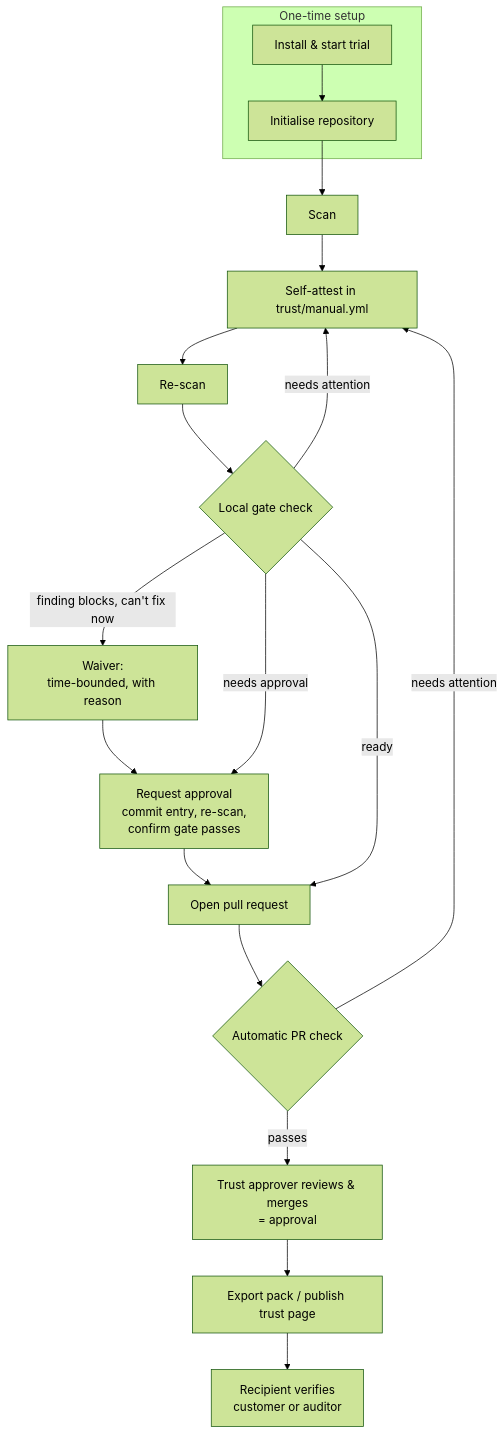
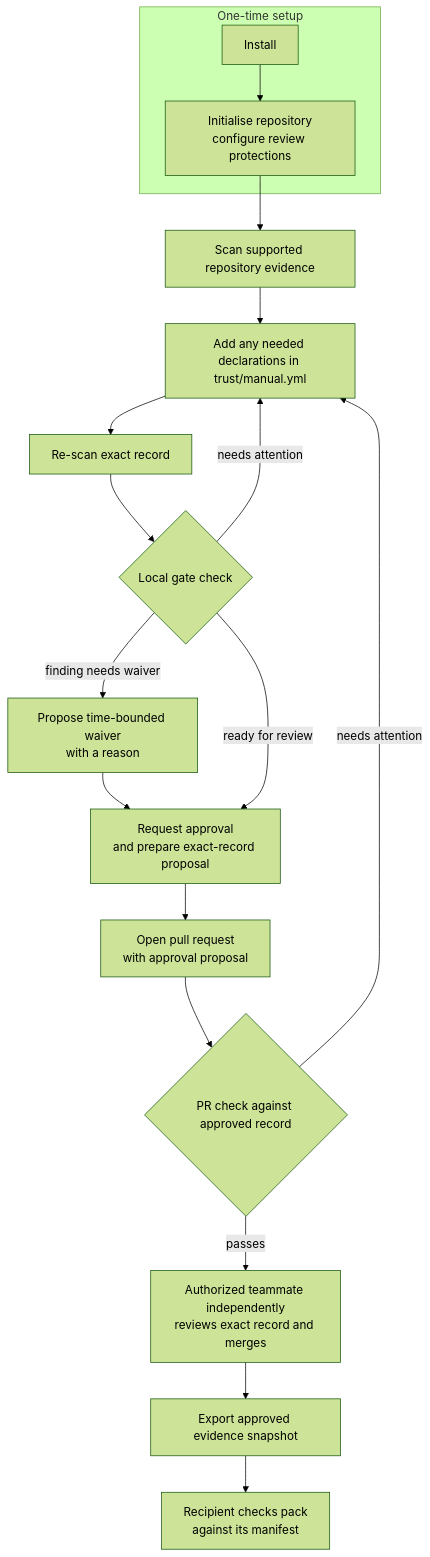
One commit to resolveinterim/aitrustbom-releases changed the diagram in docs/workflow.md. Above: the diagram before and after it, drawn with Mermaid (forest theme). The commit also changed other lines of this file and 9 other files, not shown here.

````diff
--- a/docs/workflow.md
+++ b/docs/workflow.md
@@ -11,21 +12,20 @@
 ```mermaid
 flowchart TD
   subgraph once [One-time setup]
-    A[Install & start trial] --> B[Initialise repository]
+    A[Install] --> B[Initialise repository<br/>configure review protections]
   end
-  B --> C[Scan]
-  C --> D[Self-attest in trust/manual.yml]
-  D --> C2[Re-scan]
+  B --> C[Scan supported repository evidence]
+  C --> D[Add any needed declarations in trust/manual.yml]
+  D --> C2[Re-scan exact record]
   C2 --> L{Local gate check}
   L -- needs attention --> D
-  L -- finding blocks, can't fix now --> W[Waiver:<br/>time-bounded, with reason]
-  W --> R
-  L -- needs approval --> R[Request approval<br/>commit entry, re-scan,<br/>confirm gate passes]
-  R --> P[Open pull request]
-  L -- ready --> P
-  P --> E{Automatic PR check}
+  L -- finding needs waiver --> W[Propose time-bounded waiver<br/>with a reason]
+  W --> R[Request approval<br/>and prepare exact-record proposal]
+  L -- ready for review --> R
+  R --> P[Open pull request<br/>with approval proposal]
+  P --> E{PR check against approved record}
   E -- needs attention --> D
-  E -- passes --> G[Trust approver reviews & merges<br/>= approval]
-  G --> H[Export pack / publish trust page]
-  H --> I[Recipient verifies<br/>customer or auditor]
+  E -- passes --> G[Authorized teammate independently<br/>reviews exact record and merges]
+  G --> H[Export approved evidence snapshot]
+  H --> I[Recipient checks pack<br/>against its manifest]
 ```
````
